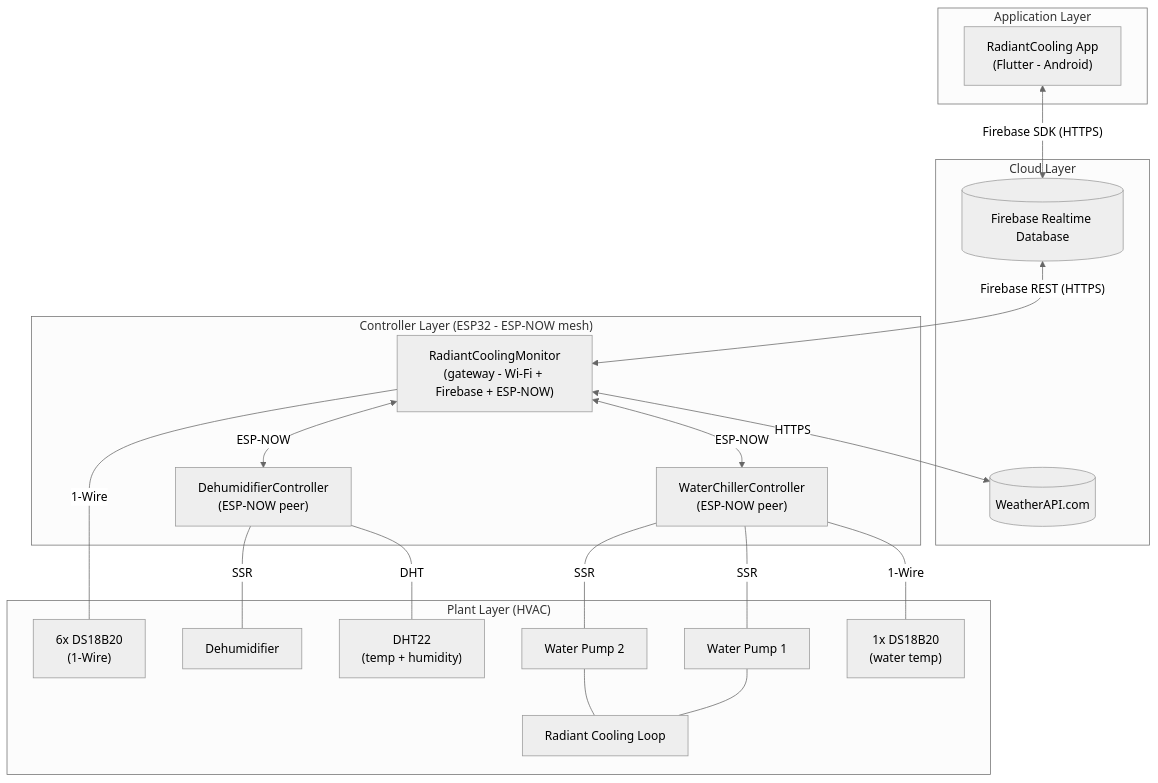
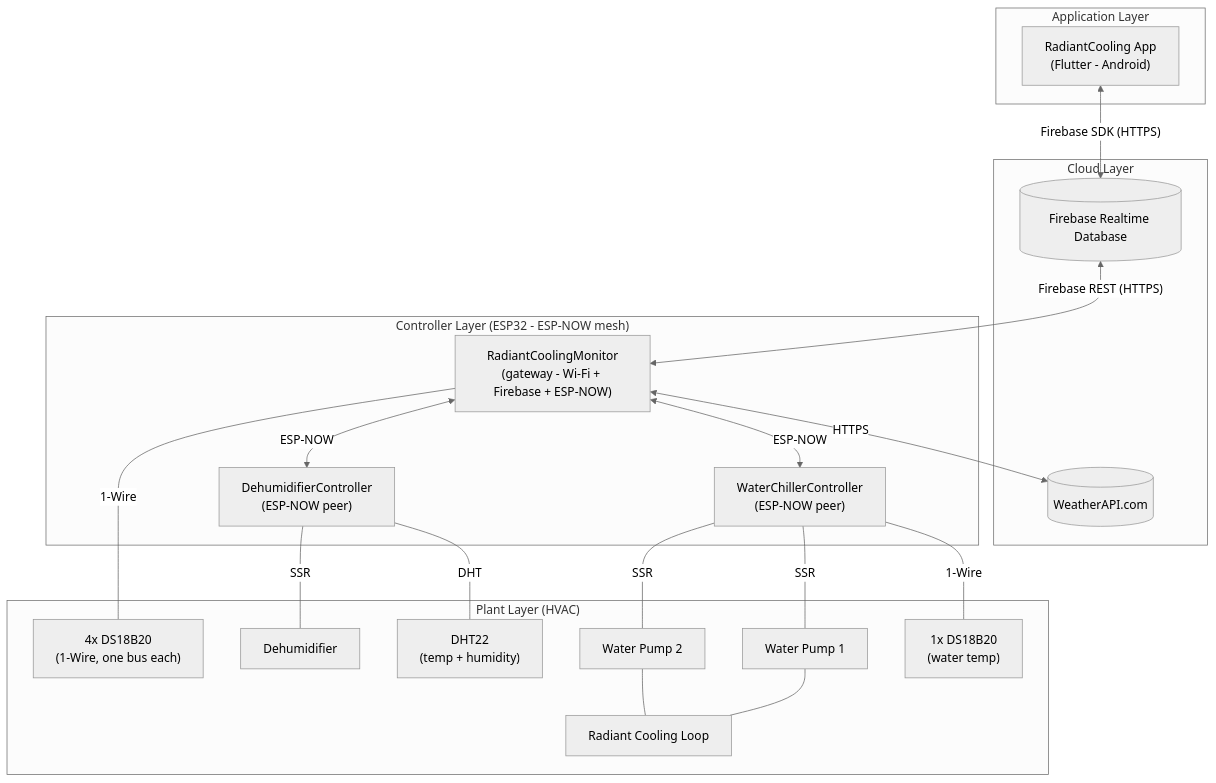
The diagram in docs/diagrams/system-architecture.md (qppd/radiant-cooling), drawn with Mermaid (neutral theme) before and after one commit. The commit also changed 21 other files, not shown here.

````diff
--- a/docs/diagrams/system-architecture.md
+++ b/docs/diagrams/system-architecture.md
@@ -23,44 +23,44 @@
 ```mermaid
 flowchart TB
     subgraph APP["Application Layer"]
         UI["RadiantCooling App<br/>(Flutter - Android)"]
     end
 
     subgraph CLOUD["Cloud Layer"]
         FB[("Firebase Realtime Database")]
         WX[("WeatherAPI.com")]
     end
 
     subgraph CTRL["Controller Layer (ESP32 - ESP-NOW mesh)"]
         GW["RadiantCoolingMonitor<br/>(gateway - Wi-Fi + Firebase + ESP-NOW)"]
         WCC["WaterChillerController<br/>(ESP-NOW peer)"]
         DHC["DehumidifierController<br/>(ESP-NOW peer)"]
     end
 
     subgraph PLANT["Plant Layer (HVAC)"]
-        T6["6x DS18B20<br/>(1-Wire)"]
+        T6["4x DS18B20<br/>(1-Wire, one bus each)"]
         T1["1x DS18B20<br/>(water temp)"]
         DHT["DHT22<br/>(temp + humidity)"]
         P1["Water Pump 1"]
         P2["Water Pump 2"]
         DH["Dehumidifier"]
         LOOP["Radiant Cooling Loop"]
     end
 
     UI <-->|"Firebase SDK (HTTPS)"| FB
     FB <-->|"Firebase REST (HTTPS)"| GW
     GW <-->|"HTTPS"| WX
 
     GW <-->|"ESP-NOW"| WCC
     GW <-->|"ESP-NOW"| DHC
 
     GW ---|"1-Wire"| T6
     WCC ---|"1-Wire"| T1
     WCC ---|"SSR"| P1
     WCC ---|"SSR"| P2
     DHC ---|"DHT"| DHT
     DHC ---|"SSR"| DH
 
     P1 --- LOOP
     P2 --- LOOP
 ```
````
